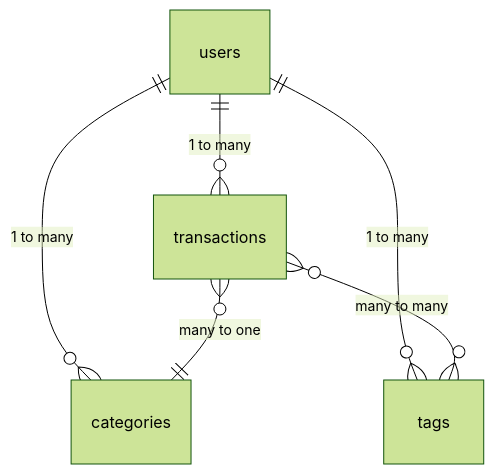
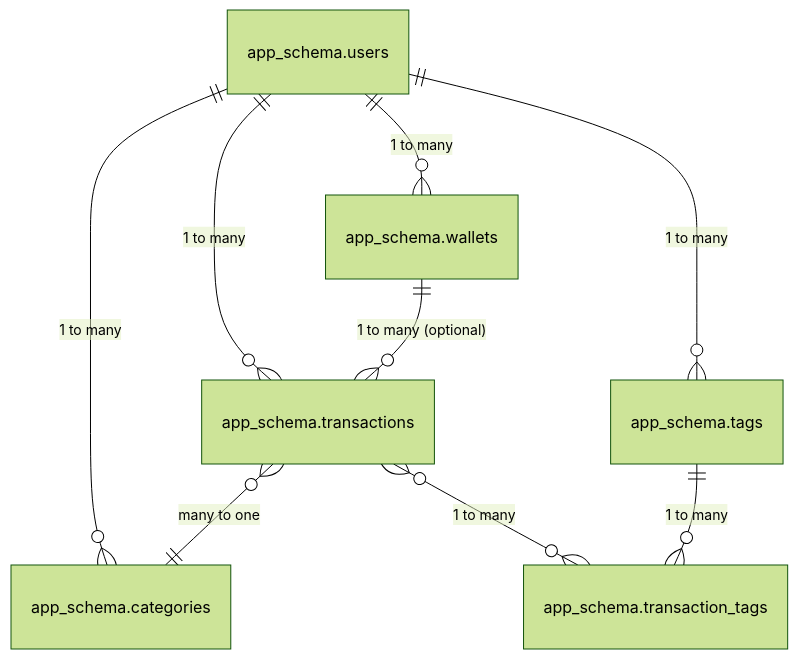
The diagram in database-schema.md (mcpe500/financial-planner-mobile), drawn with Mermaid (forest theme) before and after one commit. The commit also changed other lines of this file and 10 other files, not shown here.

First line of the commit message:
Fix: Implement DB schema, sync user profiles, and correct data flows

````diff
--- a/database-schema.md
+++ b/database-schema.md
@@ -4,8 +4,11 @@
 ```mermaid
 erDiagram
-    users ||--o{ transactions : "1 to many"
-    users ||--o{ categories : "1 to many"
-    users ||--o{ tags : "1 to many"
-    transactions }o--|| categories : "many to one"
-    transactions }o--o{ tags : "many to many"
+    app_schema.users ||--o{ app_schema.wallets : "1 to many"
+    app_schema.users ||--o{ app_schema.transactions : "1 to many"
+    app_schema.users ||--o{ app_schema.categories : "1 to many"
+    app_schema.users ||--o{ app_schema.tags : "1 to many"
+    app_schema.transactions }o--|| app_schema.categories : "many to one"
+    app_schema.transactions }o--o{ app_schema.transaction_tags : "1 to many"
+    app_schema.tags ||--o{ app_schema.transaction_tags : "1 to many"
+    app_schema.wallets ||--o{ app_schema.transactions : "1 to many (optional)"
 ```
````
